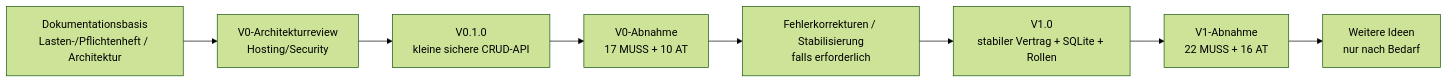
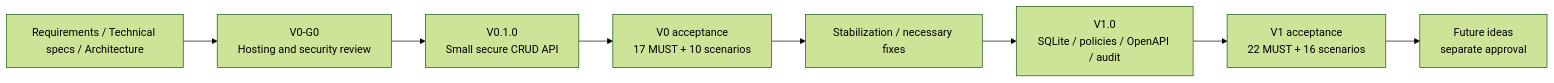
The diagram in ROADMAP.md (Robin-Goerlach/SASD-API-Server), drawn with Mermaid (forest theme) before and after one commit. The commit also changed other lines of this file, not shown here.

Commit message:
docs(i18n): publish comprehensive English default roadmap

````diff
--- a/ROADMAP.md
+++ b/ROADMAP.md
@@ -39,10 +40,10 @@
-```mermaid
+~~~mermaid
 flowchart LR
-    D["Dokumentationsbasis<br/>Lasten-/Pflichtenheft / Architektur"] --> G0["V0-Architekturreview<br/>Hosting/Security"]
-    G0 --> V0["V0.1.0<br/>kleine sichere CRUD-API"]
-    V0 --> A0["V0-Abnahme<br/>17 MUSS + 10 AT"]
-    A0 --> Stabil["Fehlerkorrekturen / Stabilisierung<br/>falls erforderlich"]
-    Stabil --> V1["V1.0<br/>stabiler Vertrag + SQLite + Rollen"]
-    V1 --> A1["V1-Abnahme<br/>22 MUSS + 16 AT"]
-    A1 --> Future["Weitere Ideen<br/>nur nach Bedarf"]
-```
+    Docs["Requirements / Technical specs / Architecture"] --> G0["V0-G0<br/>Hosting and security review"]
+    G0 --> Core["V0.1.0<br/>Small secure CRUD API"]
+    Core --> Acceptance["V0 acceptance<br/>17 MUST + 10 scenarios"]
+    Acceptance --> Stabilize["Stabilization / necessary fixes"]
+    Stabilize --> V1["V1.0<br/>SQLite / policies / OpenAPI / audit"]
+    V1 --> V1A["V1 acceptance<br/>22 MUST + 16 scenarios"]
+    V1A --> Later["Future ideas<br/>separate approval"]
+~~~
````
